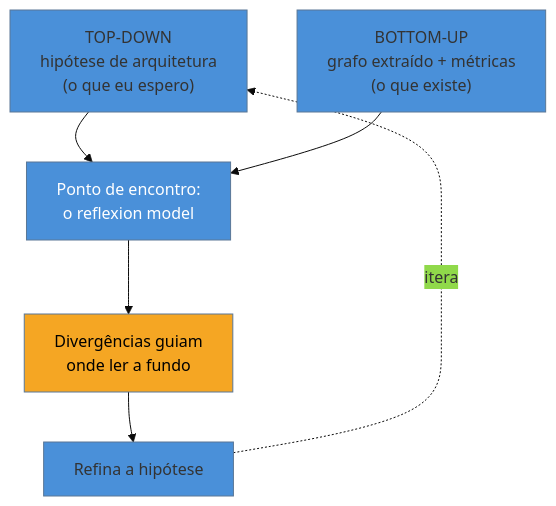
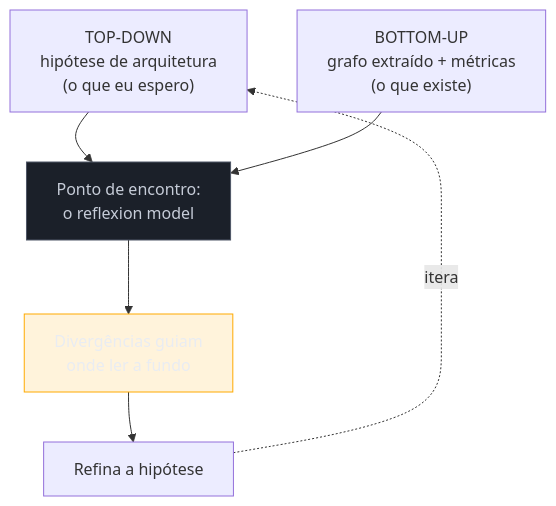
Before and after one commit to josenaldo/codex-technomanticus: the second of 2 diagrams in 03-Dominios/Engenharia/Arqueologia e Restauração de Software/08 - Engenharia reversa e recuperação de arquitetura.md, drawn with Mermaid. The commit also changed other lines of this file and 1181 other files, not shown here.

First line of the commit message:
fix(diagramas): paleta do sistema no lugar de cor cravada no markdown

````diff
--- a/03-Dominios/Engenharia/Arqueologia e Restauração de Software/08 - Engenharia reversa e recuperação de arquitetura.md
+++ b/03-Dominios/Engenharia/Arqueologia e Restauração de Software/08 - Engenharia reversa e recuperação de arquitetura.md
@@ -89,11 +90,12 @@
 ```mermaid
-%%{init: {"theme": "base", "themeVariables": {"primaryColor": "#4A90D9"}}}%%
 graph TD
+    classDef neutro fill:#1B2029,stroke:#4E5666,color:#C6CCD8
+    classDef destaque fill:#FFAA0024,stroke:#FFAA00,color:#E9ECF2
     TD["TOP-DOWN<br/>hipótese de arquitetura<br/>(o que eu espero)"] --> M["Ponto de encontro:<br/>o reflexion model"]
     BU["BOTTOM-UP<br/>grafo extraído + métricas<br/>(o que existe)"] --> M
     M --> D["Divergências guiam<br/>onde ler a fundo"]
     D --> RE["Refina a hipótese"]
     RE -.itera.-> TD
-    style M fill:#4A90D9,color:#fff
-    style D fill:#F5A623,color:#000
+    class M neutro
+    class D destaque
 ```
````
